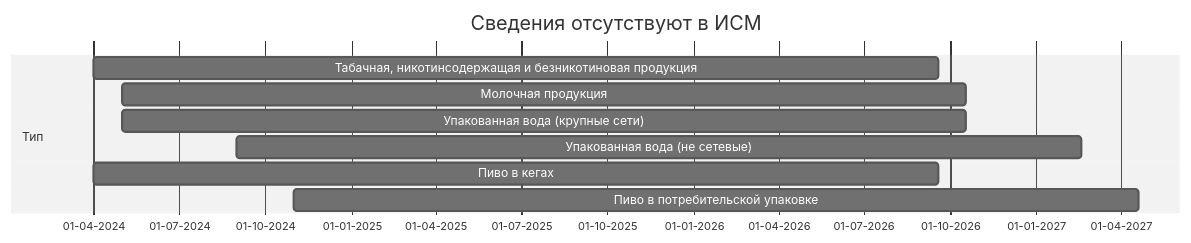
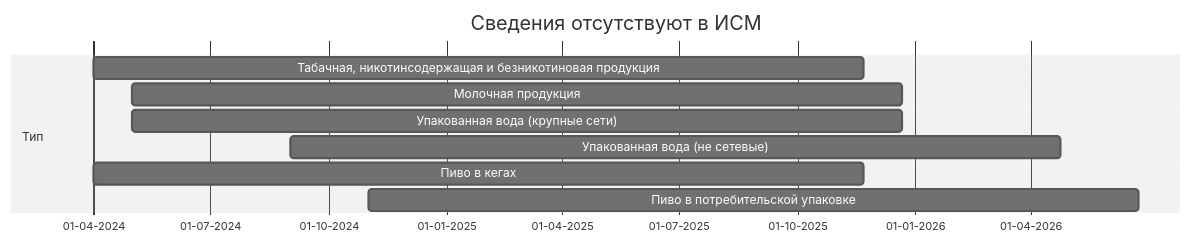
The first of 7 diagrams in imark/ppr1944.md (itidasoft/wiki), drawn with Mermaid (neutral theme) before and after one commit. The commit also changed other lines of this file, not shown here.

````diff
--- a/imark/ppr1944.md
+++ b/imark/ppr1944.md
@@ -195,13 +195,13 @@
 ```mermaid
 gantt
 	title Сведения отсутствуют в ИСМ
   dateFormat DD-MM-YYYY
   axisFormat %d-%m-%Y
   section Тип
-  	Табачная, никотинсодержащая и безникотиновая продукция          :a1, 01-04-2024, 900d
-    Молочная продукция    :a2, 01-05-2024, 900d
-    Упакованная вода (крупные сети)   :a3, 01-05-2024, 900d
-    Упакованная вода (не сетевые)   :a4, 01-09-2024, 900d
-    Пиво в кегах       :a5, 01-04-2024, 900d
-    Пиво в потребительской упаковке       :a6, 01-11-2024, 900d
+  	Табачная, никотинсодержащая и безникотиновая продукция          :a1, 01-04-2024, 600d
+    Молочная продукция    :a2, 01-05-2024, 600d
+    Упакованная вода (крупные сети)   :a3, 01-05-2024, 600d
+    Упакованная вода (не сетевые)   :a4, 01-09-2024, 600d
+    Пиво в кегах       :a5, 01-04-2024, 600d
+    Пиво в потребительской упаковке       :a6, 01-11-2024, 600d
 ``` 
````
